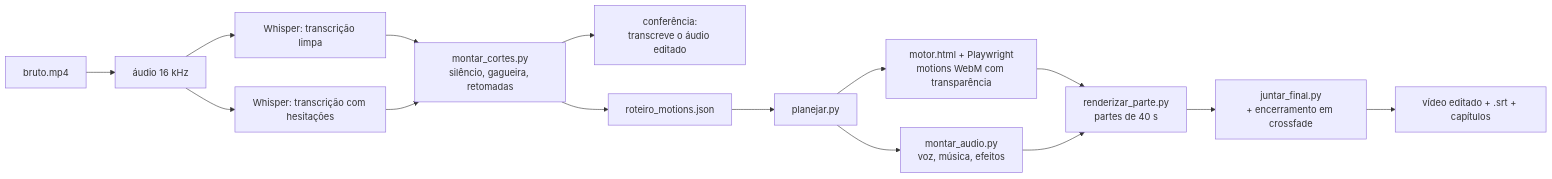
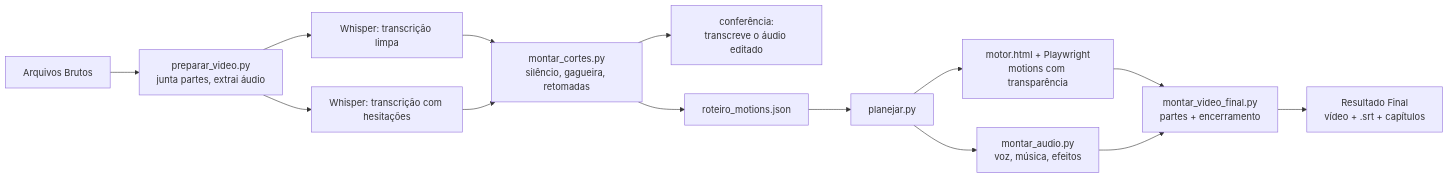
Before and after one commit to vitormenoli/claude-video-editor: the diagram in README.md, drawn with Mermaid. The commit also changed other lines of this file and 28 other files, not shown here.

````diff
--- a/README.md
+++ b/README.md
@@ -31,15 +52,14 @@
 ```mermaid
 flowchart LR
-  A[bruto.mp4] --> B[áudio 16 kHz]
+  A[Arquivos Brutos] --> B[preparar_video.py<br/>junta partes, extrai áudio]
   B --> C[Whisper: transcrição limpa]
   B --> D[Whisper: transcrição com hesitações]
   C & D --> E[montar_cortes.py<br/>silêncio, gagueira, retomadas]
   E --> F[conferência:<br/>transcreve o áudio editado]
   E --> G[roteiro_motions.json]
   G --> H[planejar.py]
-  H --> I[motor.html + Playwright<br/>motions WebM com transparência]
+  H --> I[motor.html + Playwright<br/>motions com transparência]
   H --> J[montar_audio.py<br/>voz, música, efeitos]
-  I & J --> K[renderizar_parte.py<br/>partes de 40 s]
-  K --> L[juntar_final.py<br/>+ encerramento em crossfade]
-  L --> M[vídeo editado + .srt + capítulos]
+  I & J --> K[montar_video_final.py<br/>partes + encerramento]
+  K --> L[Resultado Final<br/>vídeo + .srt + capítulos]
 ```
````
